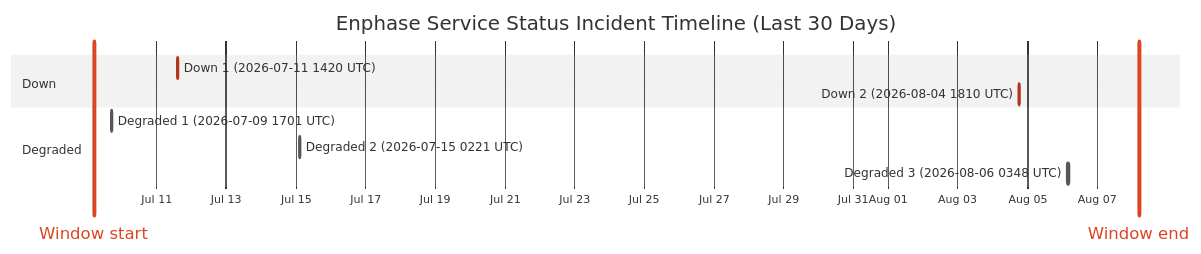
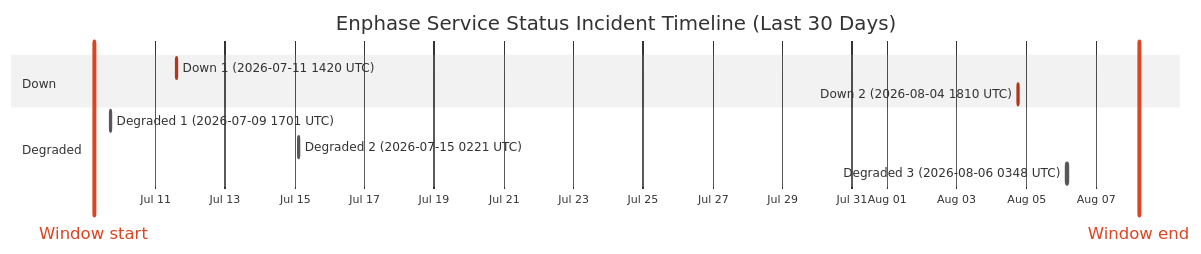
One commit to barneyonline/ha-enphase-energy changed the diagram in wiki/Service-Status-History.md. Above: the diagram before and after it, drawn with Mermaid (neutral theme). The commit also changed other lines of this file and 3 other files, not shown here.

````diff
--- a/wiki/Service-Status-History.md
+++ b/wiki/Service-Status-History.md
@@ -14,15 +14,15 @@
 ```mermaid
 gantt
     title Enphase Service Status Incident Timeline (Last 30 Days)
     dateFormat  YYYY-MM-DDTHH:mm:ss
     axisFormat  %b %d
-    Window start :vert, window-start, 2026-07-09T04:54:29, 0ms
-    Window end :vert, window-end, 2026-08-08T04:54:29, 0ms
+    Window start :vert, window-start, 2026-07-09T05:40:42, 0ms
+    Window end :vert, window-end, 2026-08-08T05:40:42, 0ms
     section Down
     Down 1 (2026-07-11 1420 UTC) :crit, down-1, 2026-07-11T14:20:54, 69m
     Down 2 (2026-08-04 1810 UTC) :crit, down-2, 2026-08-04T18:10:46, 60m
     section Degraded
     Degraded 1 (2026-07-09 1701 UTC) :active, degraded-1, 2026-07-09T17:01:02, 60m
     Degraded 2 (2026-07-15 0221 UTC) :active, degraded-2, 2026-07-15T02:21:35, 60m
     Degraded 3 (2026-08-06 0348 UTC) :active, degraded-3, 2026-08-06T03:48:14, 60m
 ```
````
